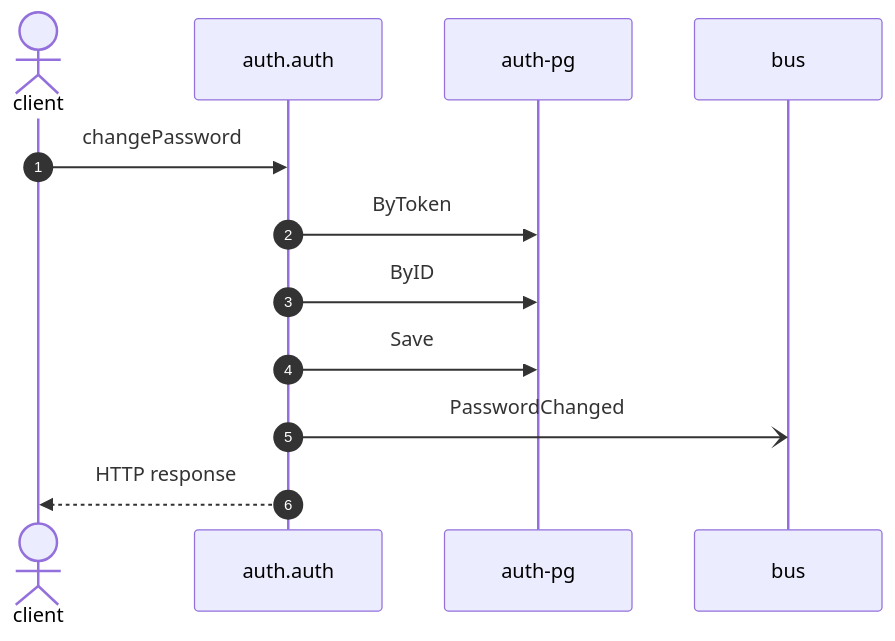
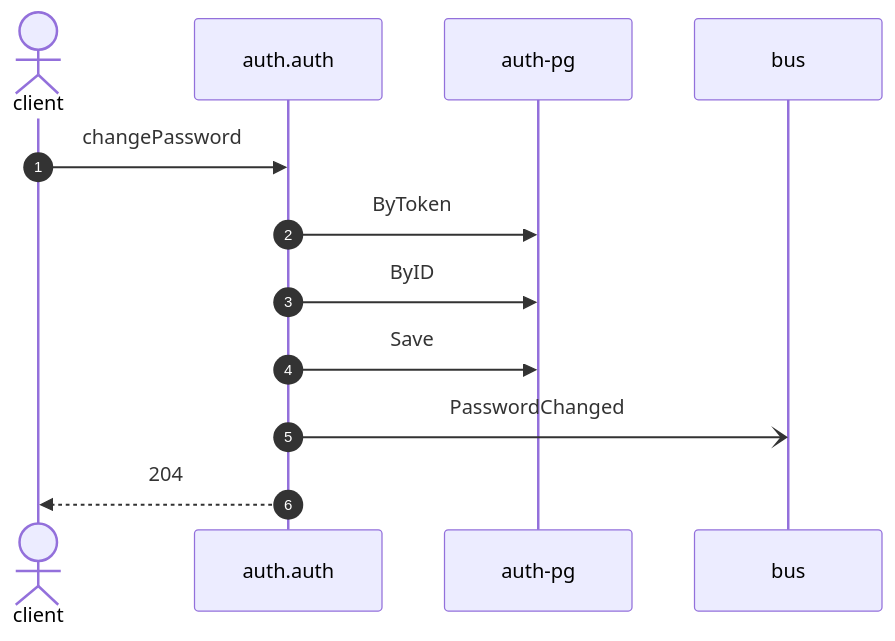
One commit to shortlink-org/portolan changed the diagram in docs/example/flows/auth-change-password.md. Above: the diagram before and after it, drawn with Mermaid. The commit also changed other lines of this file and 82 other files, not shown here.

````diff
--- a/docs/example/flows/auth-change-password.md
+++ b/docs/example/flows/auth-change-password.md
@@ -24,14 +24,14 @@
 ```mermaid
 sequenceDiagram
     autonumber
     actor p0 as client
     participant p1 as auth.auth
     participant p2 as auth-pg
     participant p3 as bus
     p0->>p1: changePassword
     p1->>p2: ByToken
     p1->>p2: ByID
     p1->>p2: Save
     p1-)p3: PasswordChanged
-    p1-->>p0: HTTP response
+    p1-->>p0: 204
 ```
````
